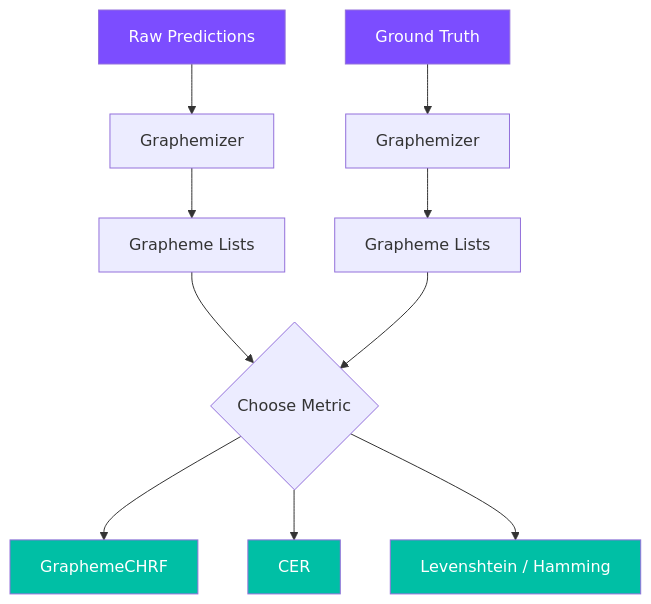
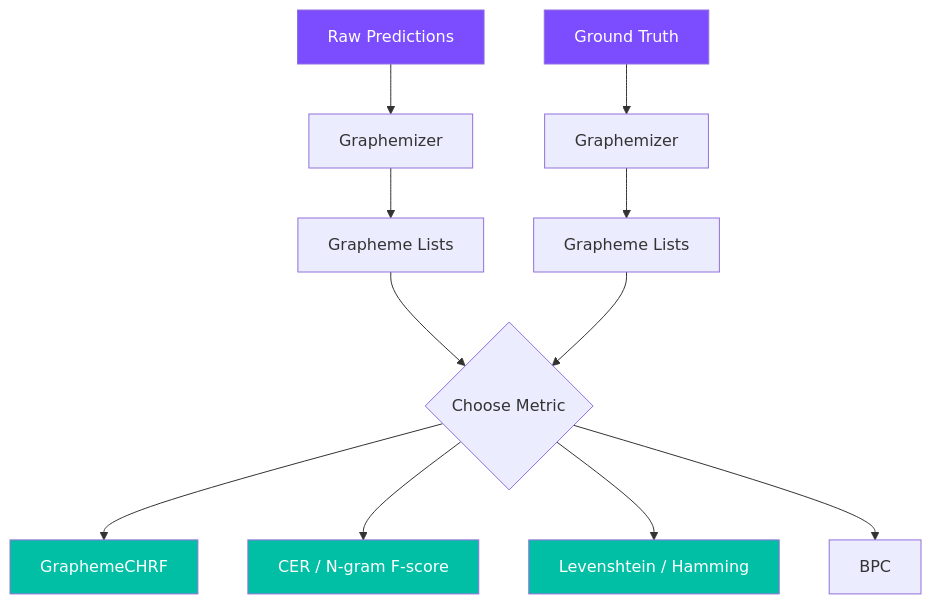
The diagram in docs/docs/user-guide/evaluation.md (vmenan/grapheme-kit), drawn with Mermaid before and after one commit. The commit also changed other lines of this file and 3 other files, not shown here.

````diff
--- a/docs/docs/user-guide/evaluation.md
+++ b/docs/docs/user-guide/evaluation.md
@@ -100,18 +102,19 @@
 ```mermaid
 graph TD
     A["Raw Predictions"] --> B["Graphemizer"]
     C["Ground Truth"] --> D["Graphemizer"]
     B --> E["Grapheme Lists"]
     D --> F["Grapheme Lists"]
     E --> G{"Choose Metric"}
     F --> G
     G --> H["GraphemeCHRF"]
-    G --> I["CER"]
+    G --> I["CER / N-gram F-score"]
     G --> J["Levenshtein / Hamming"]
+    G --> K["BPC"]
     
     style A fill:#7c4dff,color:#fff
     style C fill:#7c4dff,color:#fff
     style H fill:#00bfa5,color:#fff
     style I fill:#00bfa5,color:#fff
     style J fill:#00bfa5,color:#fff
 ```
````
